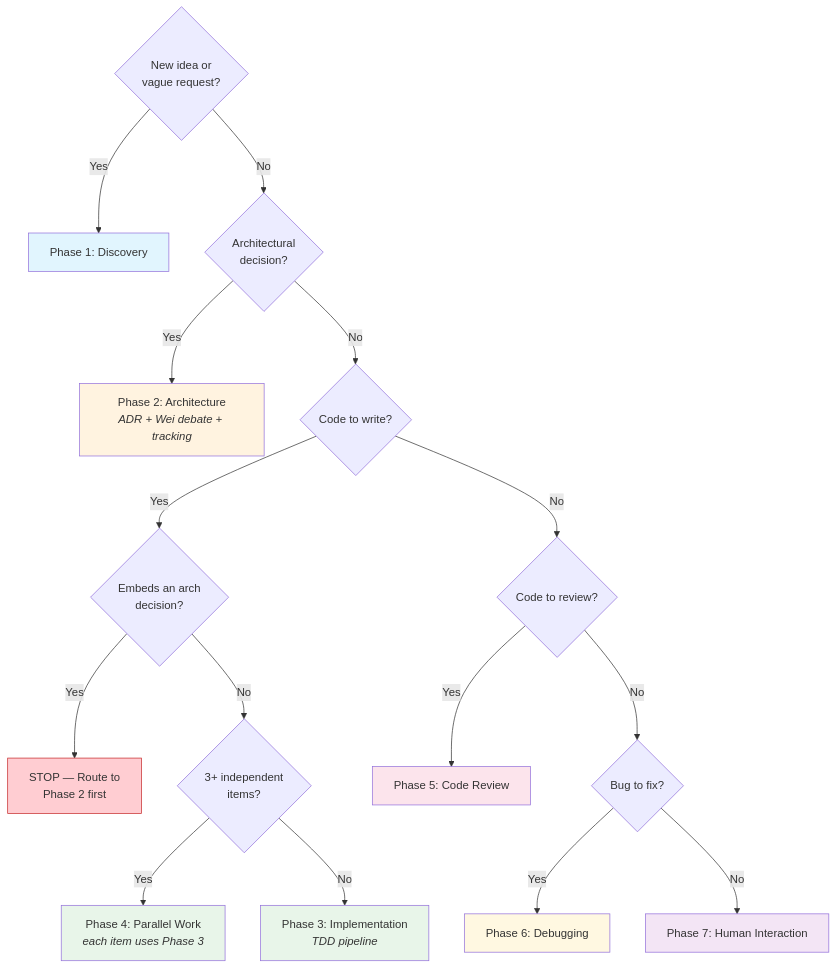
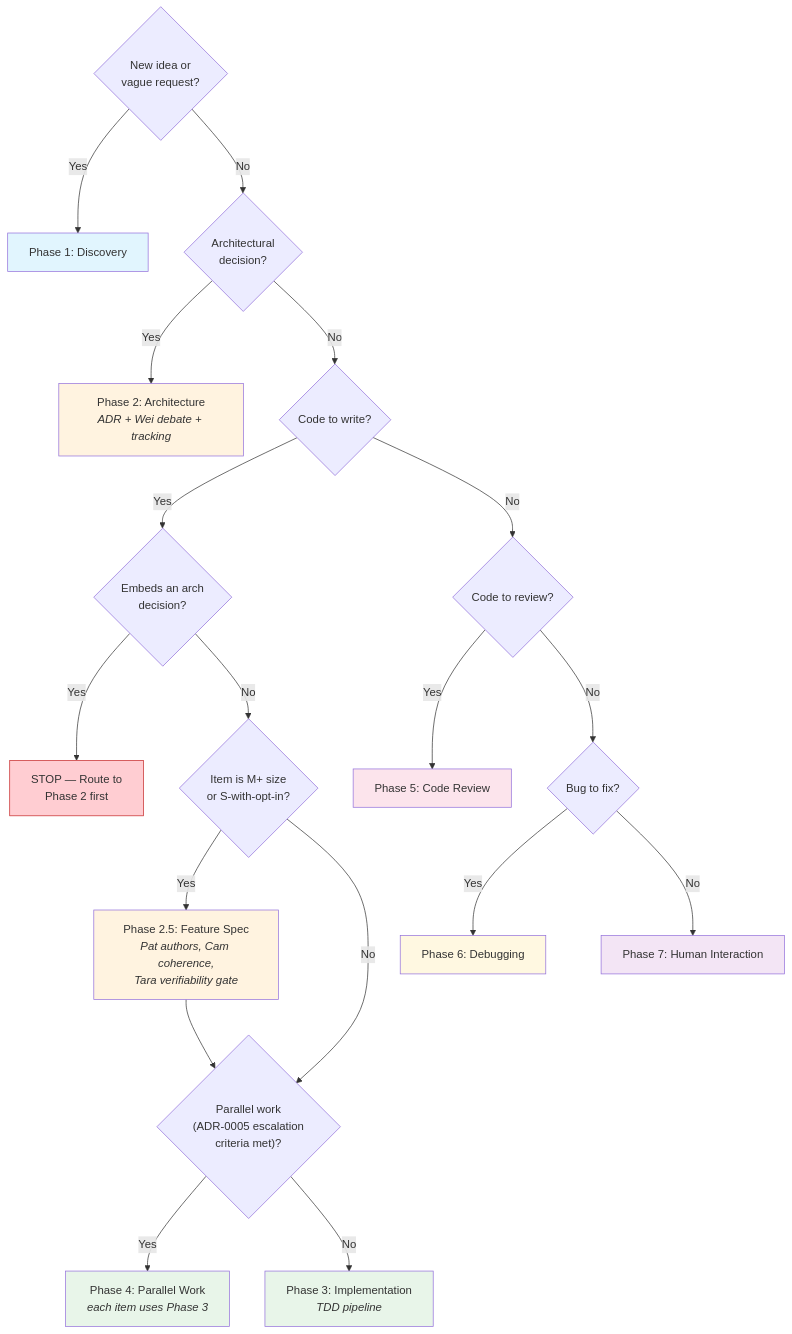
Before and after one commit to summon-dev/summon: the diagram in docs/methodology/phases.md, drawn with Mermaid. The commit also changed other lines of this file and 5 other files, not shown here.

````diff
--- a/docs/methodology/phases.md
+++ b/docs/methodology/phases.md
@@ -196,26 +232,30 @@
 ```mermaid
 flowchart TD
     A{"New idea or<br/>vague request?"} -->|Yes| P1["Phase 1: Discovery"]
     A -->|No| B{"Architectural<br/>decision?"}
     B -->|Yes| P2["Phase 2: Architecture<br/><em>ADR + Wei debate + tracking</em>"]
     B -->|No| C{"Code to write?"}
     C -->|Yes| D{"Embeds an arch<br/>decision?"}
     D -->|Yes| STOP["STOP — Route to<br/>Phase 2 first"]
-    D -->|No| E{"3+ independent<br/>items?"}
+    D -->|No| SPEC{"Item is M+ size<br/>or S-with-opt-in?"}
+    SPEC -->|Yes| P25["Phase 2.5: Feature Spec<br/><em>Pat authors, Cam coherence,<br/>Tara verifiability gate</em>"]
+    SPEC -->|No| E{"Parallel work<br/>(ADR-0005 escalation<br/>criteria met)?"}
+    P25 --> E
     E -->|Yes| P4["Phase 4: Parallel Work<br/><em>each item uses Phase 3</em>"]
     E -->|No| P3["Phase 3: Implementation<br/><em>TDD pipeline</em>"]
     C -->|No| F{"Code to review?"}
     F -->|Yes| P5["Phase 5: Code Review"]
     F -->|No| G{"Bug to fix?"}
     G -->|Yes| P6["Phase 6: Debugging"]
     G -->|No| P7["Phase 7: Human Interaction"]
 
     style STOP fill:#ffcdd2,stroke:#c62828
     style P1 fill:#e1f5fe
     style P2 fill:#fff3e0
+    style P25 fill:#fff3e0
     style P3 fill:#e8f5e9
     style P4 fill:#e8f5e9
     style P5 fill:#fce4ec
     style P6 fill:#fff8e1
     style P7 fill:#f3e5f5
 ```
````
